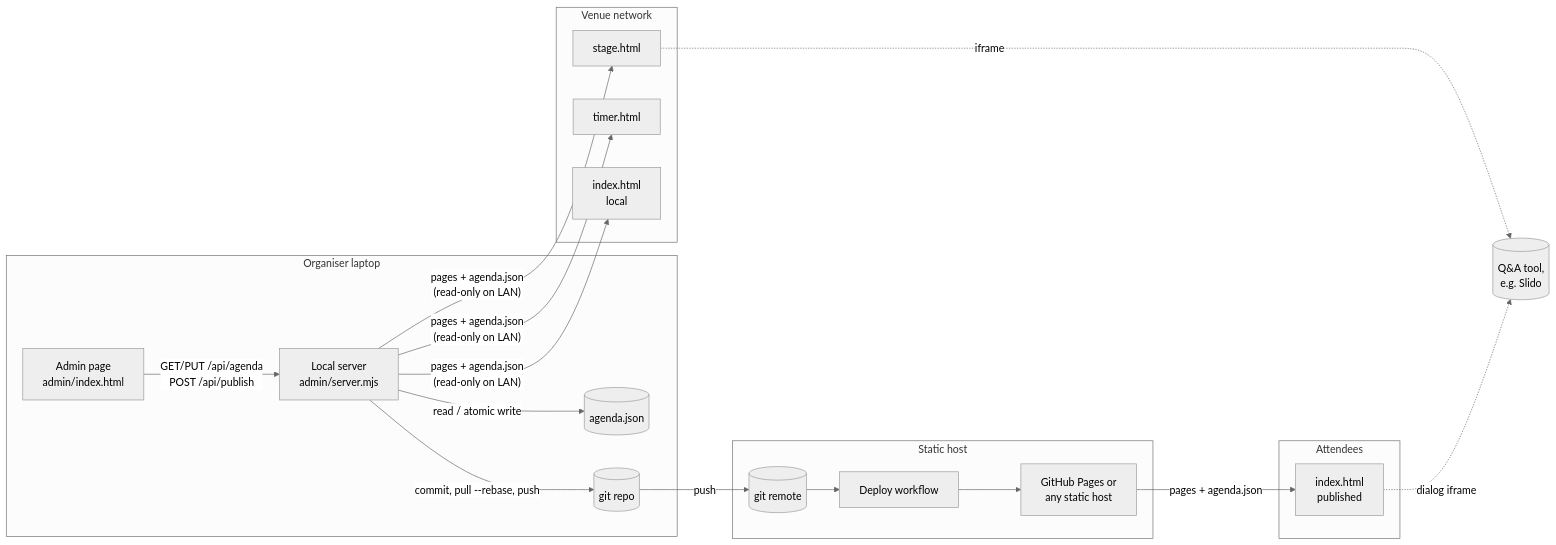
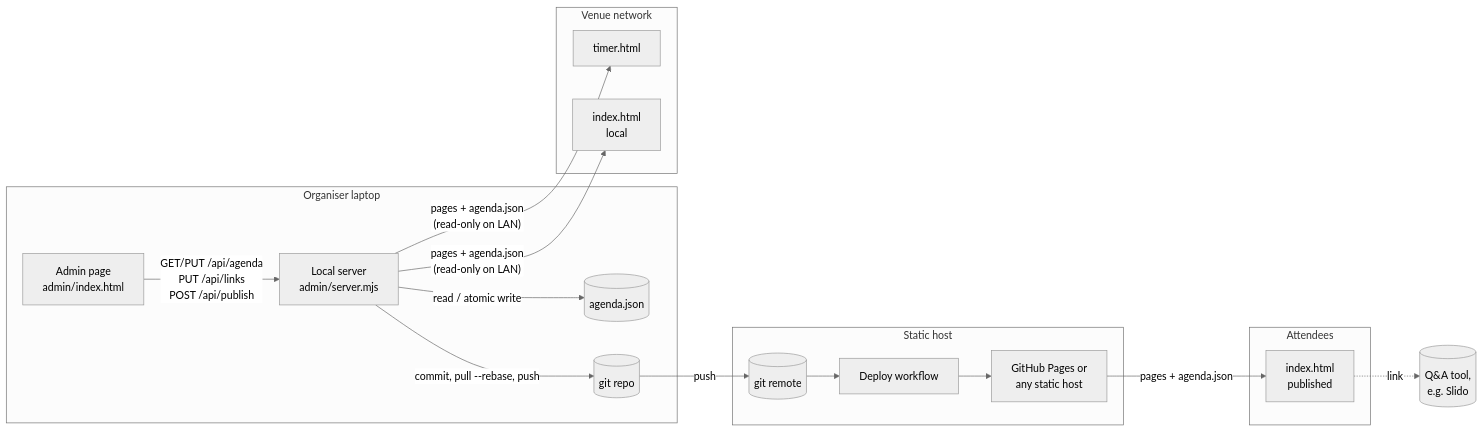
The first of 2 diagrams in docs/IMPLEMENTATION.md (gadominas/OnAir), drawn with Mermaid (neutral theme) before and after one commit. The commit also changed other lines of this file and 19 other files, not shown here.

````diff
--- a/docs/IMPLEMENTATION.md
+++ b/docs/IMPLEMENTATION.md
@@ -111,36 +106,34 @@
 ```mermaid
 flowchart LR
   subgraph Organiser laptop
     UI[Admin page<br/>admin/index.html]
     SRV[Local server<br/>admin/server.mjs]
     FILE[(agenda.json)]
     GIT[(git repo)]
-    UI -- "GET/PUT /api/agenda<br/>POST /api/publish" --> SRV
+    UI -- "GET/PUT /api/agenda<br/>PUT /api/links<br/>POST /api/publish" --> SRV
     SRV -- read / atomic write --> FILE
     SRV -- "commit, pull --rebase, push" --> GIT
   end
 
   subgraph Venue network
-    STAGE[stage.html]
     TIMER[timer.html]
     LIVE_L[index.html<br/>local]
   end
 
   subgraph Static host
     REPO[(git remote)]
     CI[Deploy workflow]
     WEB[GitHub Pages or<br/>any static host]
   end
 
   subgraph Attendees
     LIVE_P[index.html<br/>published]
   end
 
   QA[(Q&A tool,<br/>e.g. Slido)]
 
-  SRV -- "pages + agenda.json<br/>(read-only on LAN)" --> STAGE & TIMER & LIVE_L
+  SRV -- "pages + agenda.json<br/>(read-only on LAN)" --> TIMER & LIVE_L
   GIT -- push --> REPO --> CI --> WEB
   WEB -- "pages + agenda.json" --> LIVE_P
-  STAGE -. iframe .-> QA
-  LIVE_P -. dialog iframe .-> QA
+  LIVE_P -. link .-> QA
 ```
````
